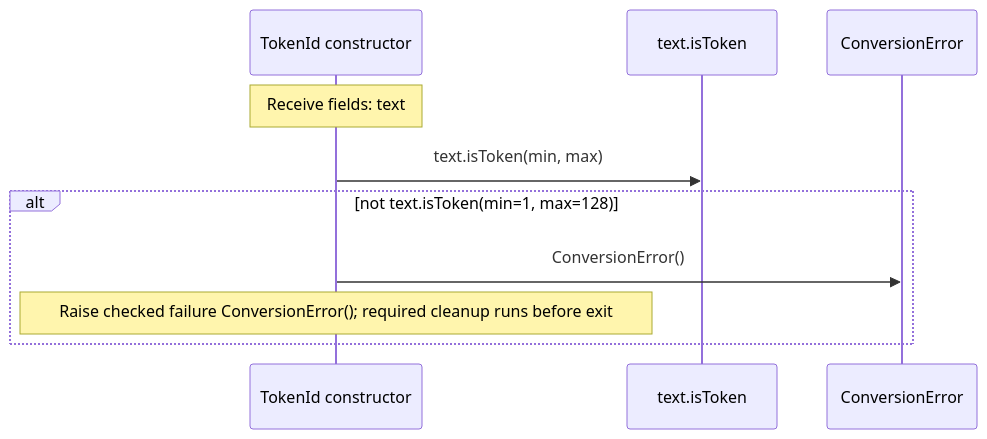
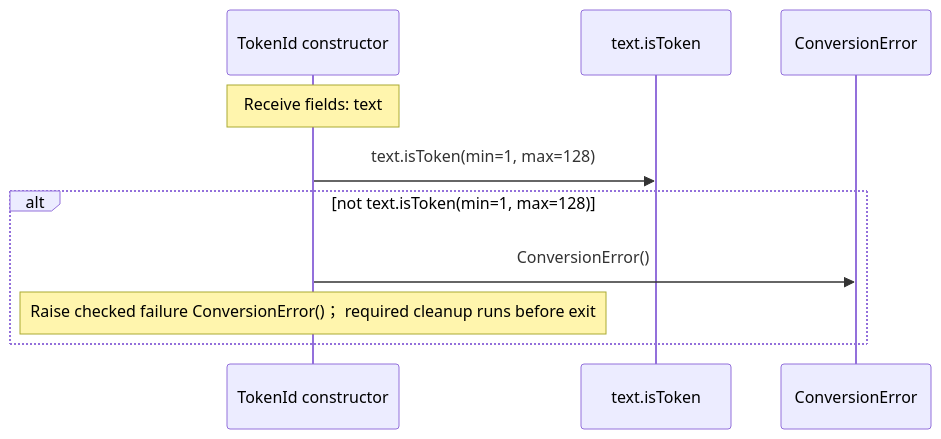
Before and after one commit to GreenPandaStudios/augscript: the second of 5 diagrams in src/stdlib/values/text.aug.diagrams.md, drawn with Mermaid. The commit also changed other lines of this file and 524 other files, not shown here.

Commit message:
Explain checked data flow at folder and service levels

````diff
--- a/src/stdlib/values/text.aug.diagrams.md
+++ b/src/stdlib/values/text.aug.diagrams.md
@@ -43,12 +33,12 @@
 ```mermaid
 sequenceDiagram
     participant p0 as TokenId constructor
     participant p1 as text.isToken
     participant p2 as ConversionError
     Note over p0: Receive fields: text
-    p0->>p1: text.isToken(min, max)
+    p0->>p1: text.isToken(min=1, max=128)
     alt not text.isToken(min=1, max=128)
     p0->>p2: ConversionError()
-    Note over p0: Raise checked failure ConversionError()#59; required cleanup runs before exit
+    Note over p0: Raise checked failure ConversionError()； required cleanup runs before exit
     end
 ```
````
